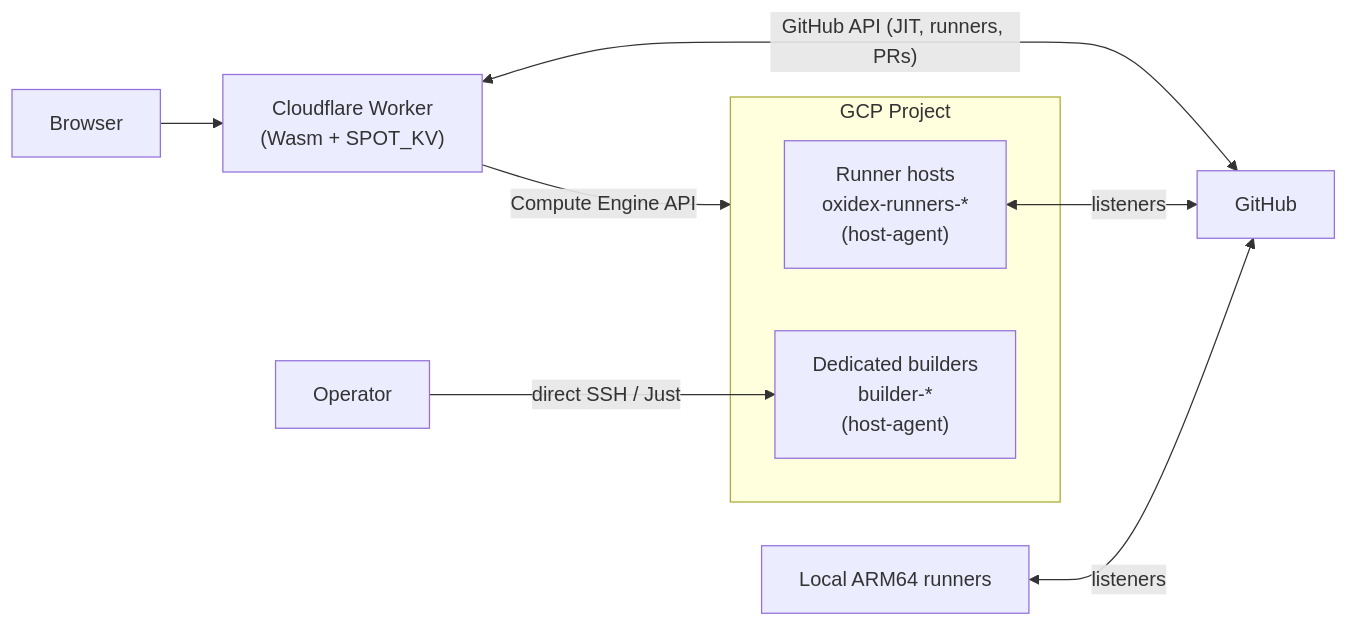
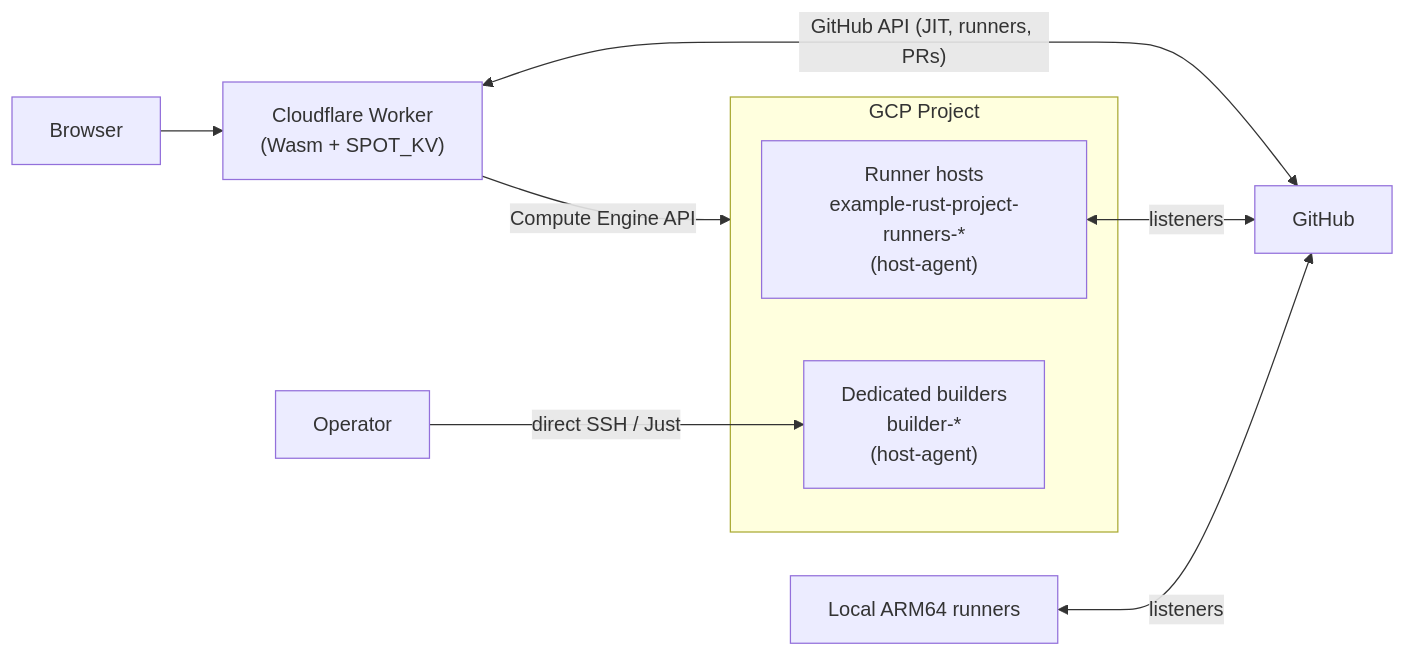
Before and after one commit to swack-tools/spot-github-runners: the diagram in docs/index.md, drawn with Mermaid. The commit also changed other lines of this file and 26 other files, not shown here.

Commit message:
docs: replace oxidex with example-rust-project and add client workstation setup guide

````diff
--- a/docs/index.md
+++ b/docs/index.md
@@ -63,15 +63,15 @@
 ```mermaid
 flowchart LR
     browser["Browser"] --> worker["Cloudflare Worker<br/>(Wasm + SPOT_KV)"]
     worker -->|"Compute Engine API"| gcp["GCP Spot Instances"]
     worker <-->|"GitHub API (JIT, runners, PRs)"| github["GitHub"]
 
     subgraph gcp["GCP Project"]
-        hosts["Runner hosts<br/>oxidex-runners-*<br/>(host-agent)"]
+        hosts["Runner hosts<br/>example-rust-project-runners-*<br/>(host-agent)"]
         builders["Dedicated builders<br/>builder-*<br/>(host-agent)"]
     end
 
     hosts <-->|"listeners"| github
     ops["Operator"] -->|"direct SSH / Just"| builders
     local["Local ARM64 runners"] <-->|"listeners"| github
 ```
````
